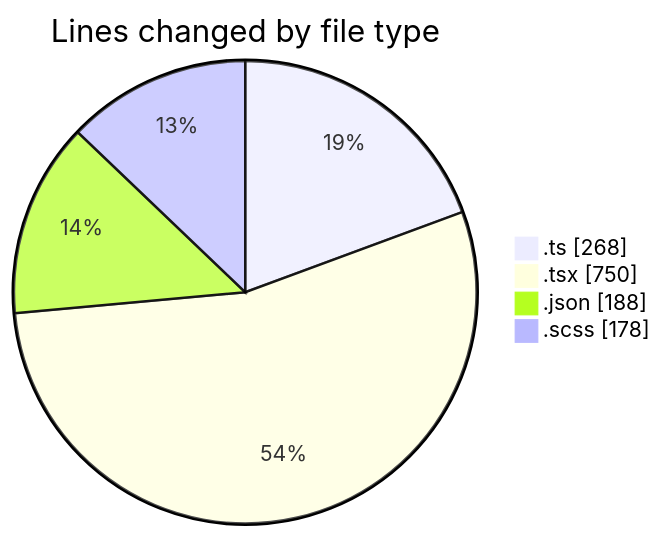
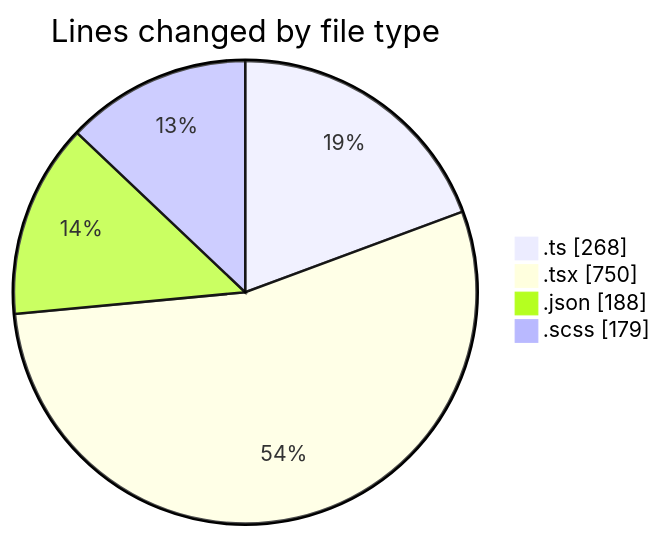
Before and after one commit to momahboobian/code-tracking: the first of 2 diagrams in 2026-05-07/cda/README.md, drawn with Mermaid. The commit also changed other lines of this file and 1 other file, not shown here.

````diff
--- a/2026-05-07/cda/README.md
+++ b/2026-05-07/cda/README.md
@@ -32,8 +32,8 @@
 ```mermaid
 pie showData
 title Lines changed by file type
 ".ts" : 268
 ".tsx" : 750
 ".json" : 188
-".scss" : 178
+".scss" : 179
 ```
````
